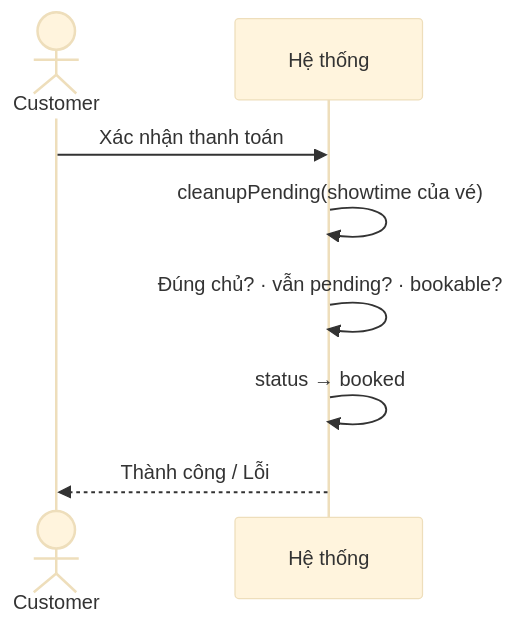
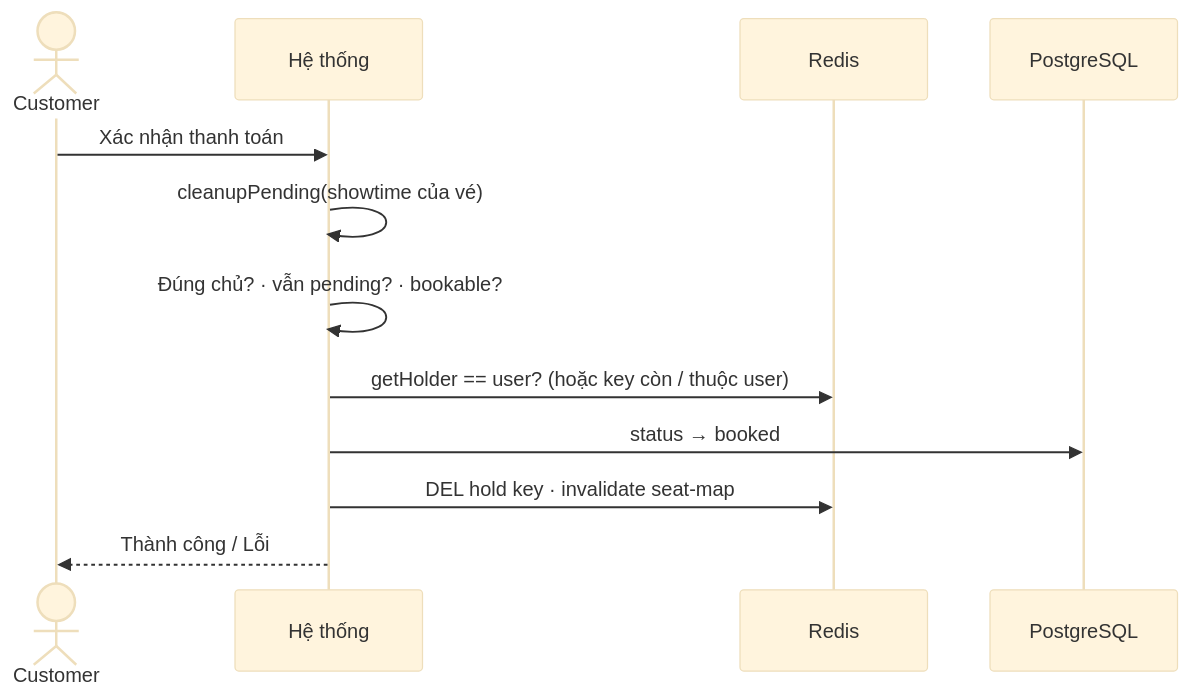
The fifth of 11 diagrams in myproject/SPEC.md (Hoangvu2911/SBU5_learnPython), drawn with Mermaid (base theme) before and after one commit. The commit also changed other lines of this file, not shown here.

Commit message:
update redis for hold seat specs

````diff
--- a/myproject/SPEC.md
+++ b/myproject/SPEC.md
@@ -332,11 +372,15 @@
 ```mermaid
 sequenceDiagram
   actor C as Customer
   participant S as Hệ thống
+  participant R as Redis
+  participant DB as PostgreSQL
 
   C->>S: Xác nhận thanh toán
   S->>S: cleanupPending(showtime của vé)
   S->>S: Đúng chủ? · vẫn pending? · bookable?
-  S->>S: status → booked
+  S->>R: getHolder == user? (hoặc key còn / thuộc user)
+  S->>DB: status → booked
+  S->>R: DEL hold key · invalidate seat-map
   S-->>C: Thành công / Lỗi
 ```
````
